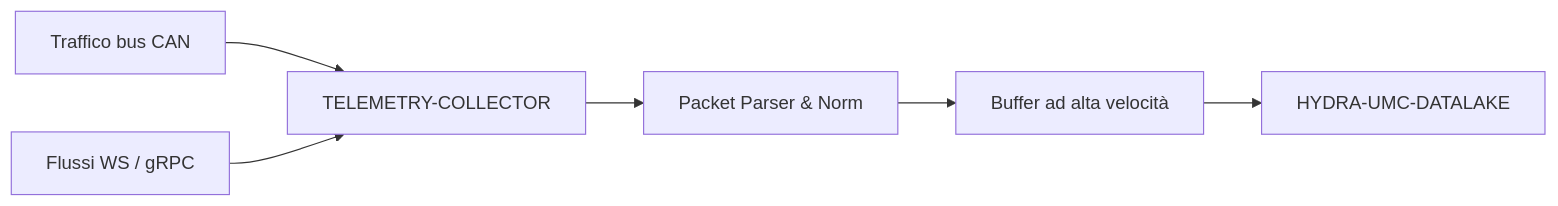
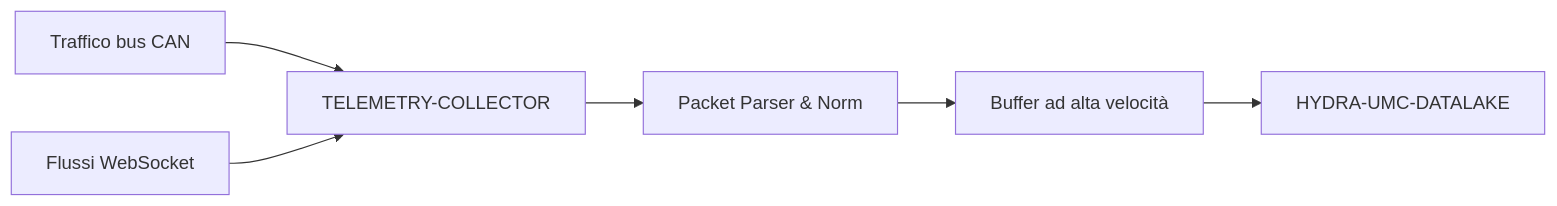
One commit to JuanenRac/HYDRA-UMC-TELEMETRY-COLLECTOR changed the diagram in README_ita.md. Above: the diagram before and after it, drawn with Mermaid. The commit also changed other lines of this file and 6 other files, not shown here.

Commit message:
Fix public documentation: drop non-existent Rust and gRPC-ingestion claims (badges, overview, key features, mermaid) across 7 languages; keep gRPC only where accurate (planned marker + Related Projects)

````diff
--- a/README_ita.md
+++ b/README_ita.md
@@ -38,8 +38,8 @@
 ```mermaid
 flowchart LR
     CAN["Traffico bus CAN"] --> COLL["TELEMETRY-COLLECTOR"]
-    WS["Flussi WS / gRPC"] --> COLL
+    WS["Flussi WebSocket"] --> COLL
     COLL --> PARSE["Packet Parser & Norm"]
     PARSE --> BUF["Buffer ad alta velocità"]
     BUF --> LAKE["HYDRA-UMC-DATALAKE"]
 ```
````
